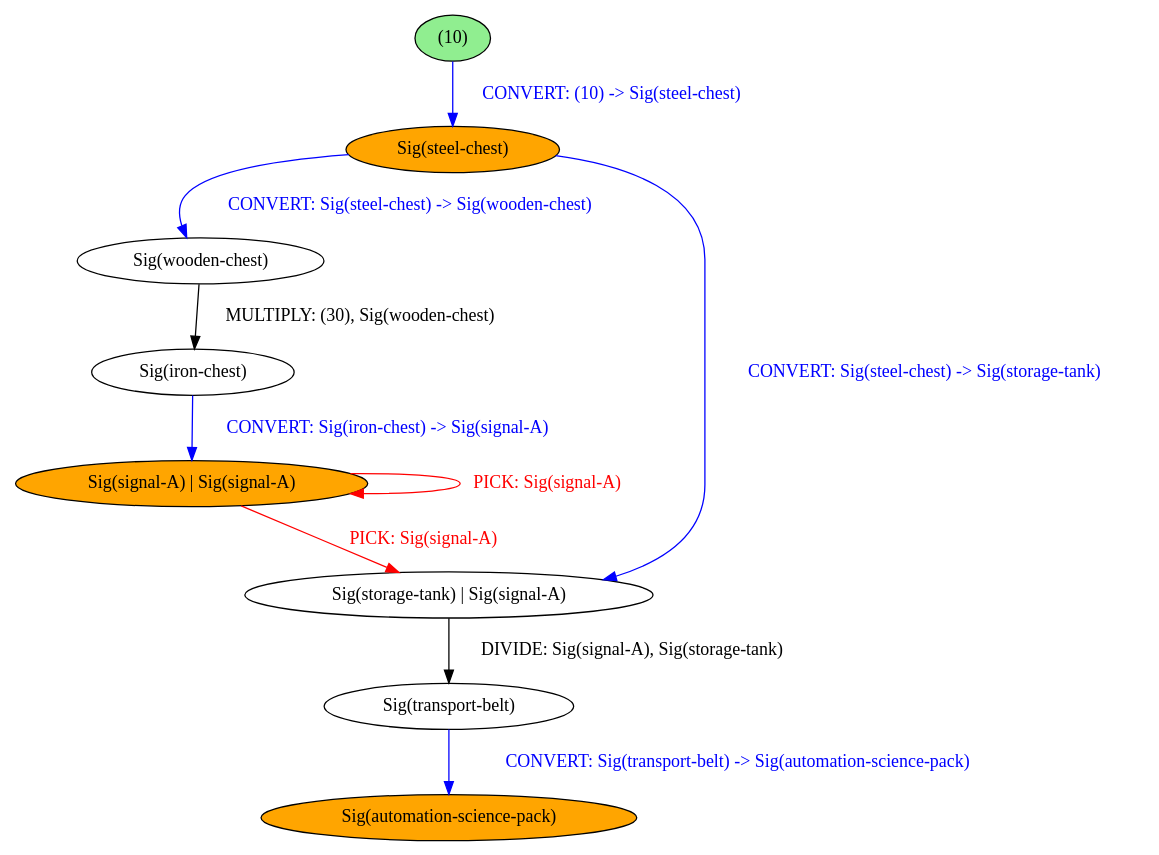
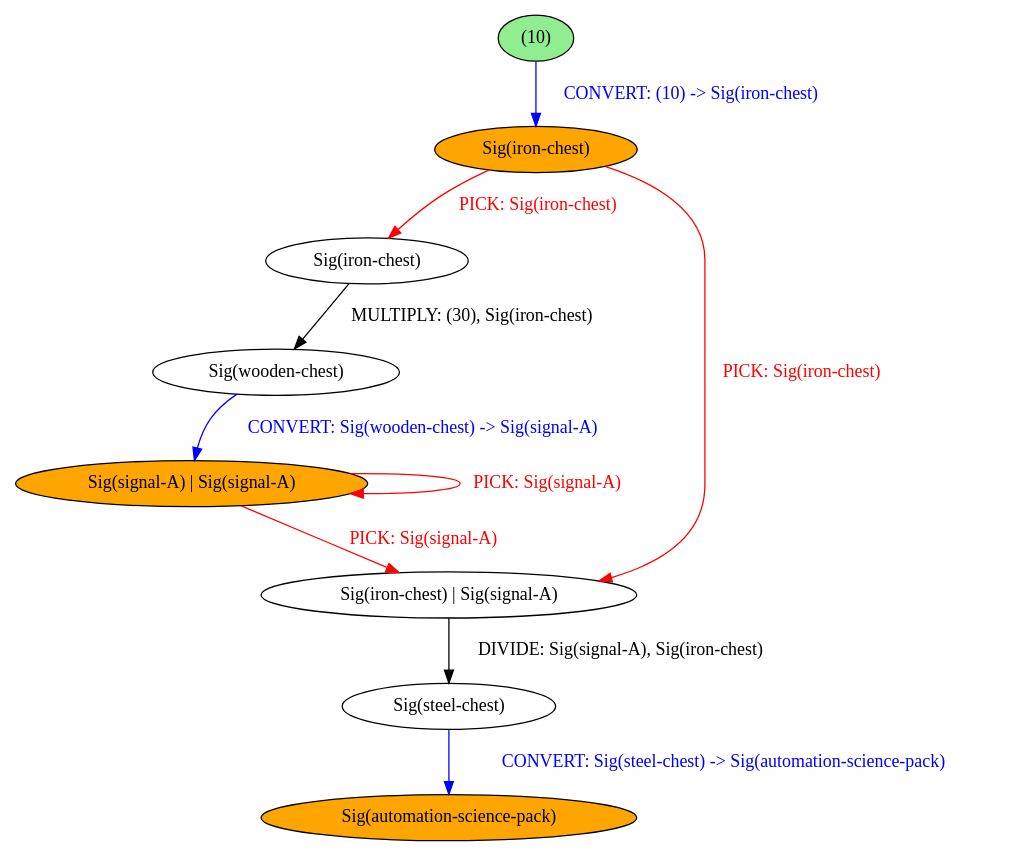
Before and after one commit to BalderHolst/chef: the diagram in chef/example_outputs/var_variables.dot, drawn with Graphviz. The commit also changed 10 other files, not shown here.

Commit message:
Update and check new compiled dot graphs

```diff
--- a/chef/example_outputs/var_variables.dot
+++ b/chef/example_outputs/var_variables.dot
@@ -1,20 +1,20 @@
 strict digraph {
 	nodesep=1
 	5	[style=filled fillcolor=white label="Sig(wooden-chest)"]
-	6	[style=filled fillcolor=white label="Sig(iron-chest)"]
-	1	[style=filled fillcolor=orange label="Sig(steel-chest)"]
+	4	[style=filled fillcolor=white label="Sig(iron-chest)"]
+	7	[style=filled fillcolor=white label="Sig(steel-chest)"]
+	6	[style=filled fillcolor=white label="Sig(iron-chest) | Sig(signal-A)"]
+	1	[style=filled fillcolor=orange label="Sig(iron-chest)"]
 	0	[style=filled fillcolor=lightgreen label="(10)"]
 	2	[style=filled fillcolor=orange label="Sig(signal-A) | Sig(signal-A)"]
-	9	[style=filled fillcolor=white label="Sig(storage-tank) | Sig(signal-A)"]
-	11	[style=filled fillcolor=orange label="Sig(automation-science-pack)"]
-	10	[style=filled fillcolor=white label="Sig(transport-belt)"]
-	5 -> 6	[label="MULTIPLY: (30), Sig(wooden-chest)" color=black fontcolor=black]
-	6 -> 2	[label="CONVERT: Sig(iron-chest) -> Sig(signal-A)" color=blue fontcolor=blue]
-	1 -> 5	[label="CONVERT: Sig(steel-chest) -> Sig(wooden-chest)" color=blue fontcolor=blue]
-	1 -> 9	[label="CONVERT: Sig(steel-chest) -> Sig(storage-tank)" color=blue fontcolor=blue]
-	0 -> 1	[label="CONVERT: (10) -> Sig(steel-chest)" color=blue fontcolor=blue]
+	8	[style=filled fillcolor=orange label="Sig(automation-science-pack)"]
+	5 -> 2	[label="CONVERT: Sig(wooden-chest) -> Sig(signal-A)" color=blue fontcolor=blue]
+	4 -> 5	[label="MULTIPLY: (30), Sig(iron-chest)" color=black fontcolor=black]
+	7 -> 8	[label="CONVERT: Sig(steel-chest) -> Sig(automation-science-pack)" color=blue fontcolor=blue]
+	6 -> 7	[label="DIVIDE: Sig(signal-A), Sig(iron-chest)" color=black fontcolor=black]
+	1 -> 4	[label="PICK: Sig(iron-chest)" color=red fontcolor=red]
+	1 -> 6	[label="PICK: Sig(iron-chest)" color=red fontcolor=red]
+	0 -> 1	[label="CONVERT: (10) -> Sig(iron-chest)" color=blue fontcolor=blue]
 	2 -> 2	[label="PICK: Sig(signal-A)" color=red fontcolor=red]
-	2 -> 9	[label="PICK: Sig(signal-A)" color=red fontcolor=red]
-	9 -> 10	[label="DIVIDE: Sig(signal-A), Sig(storage-tank)" color=black fontcolor=black]
-	10 -> 11	[label="CONVERT: Sig(transport-belt) -> Sig(automation-science-pack)" color=blue fontcolor=blue]
+	2 -> 6	[label="PICK: Sig(signal-A)" color=red fontcolor=red]
 }
```
